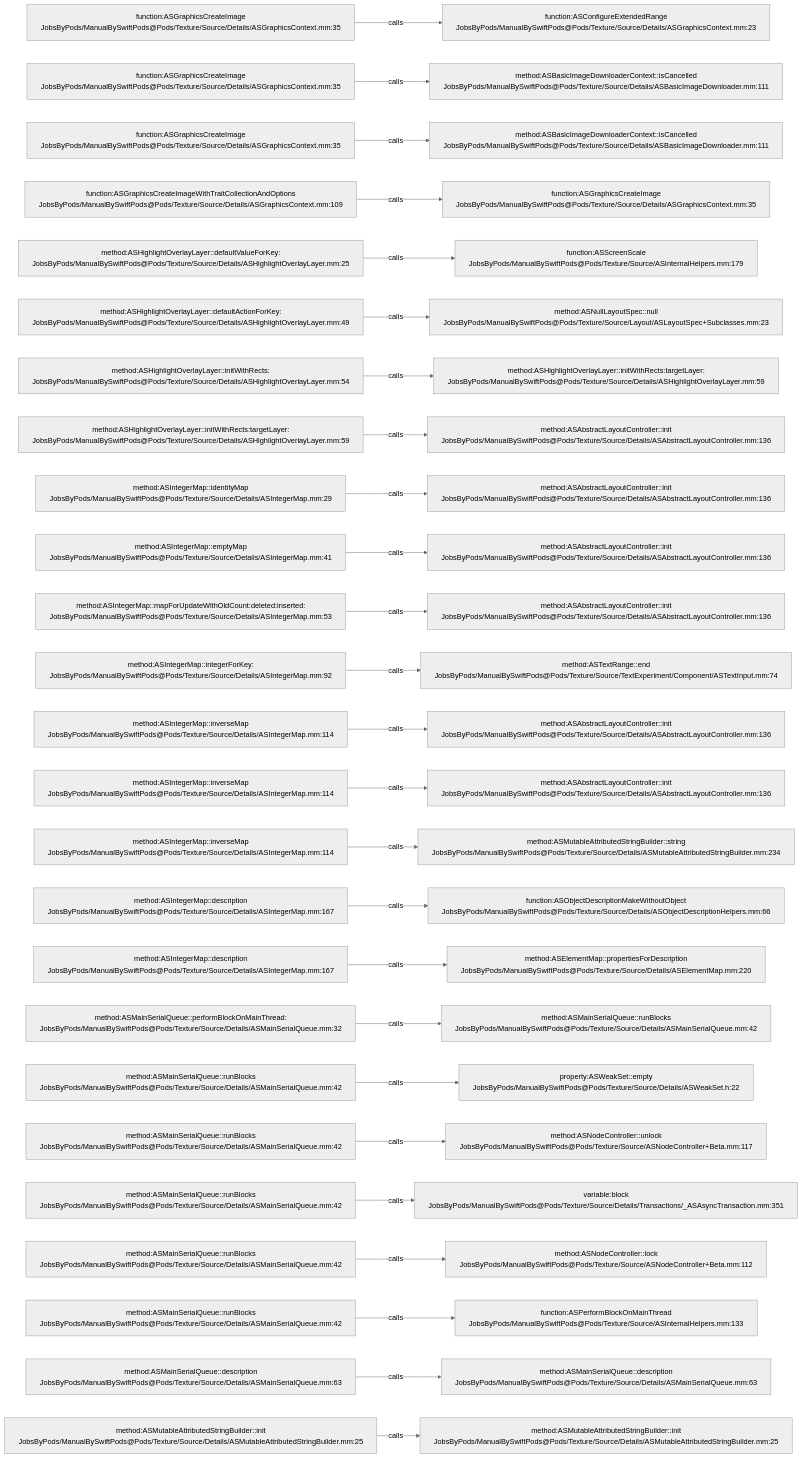
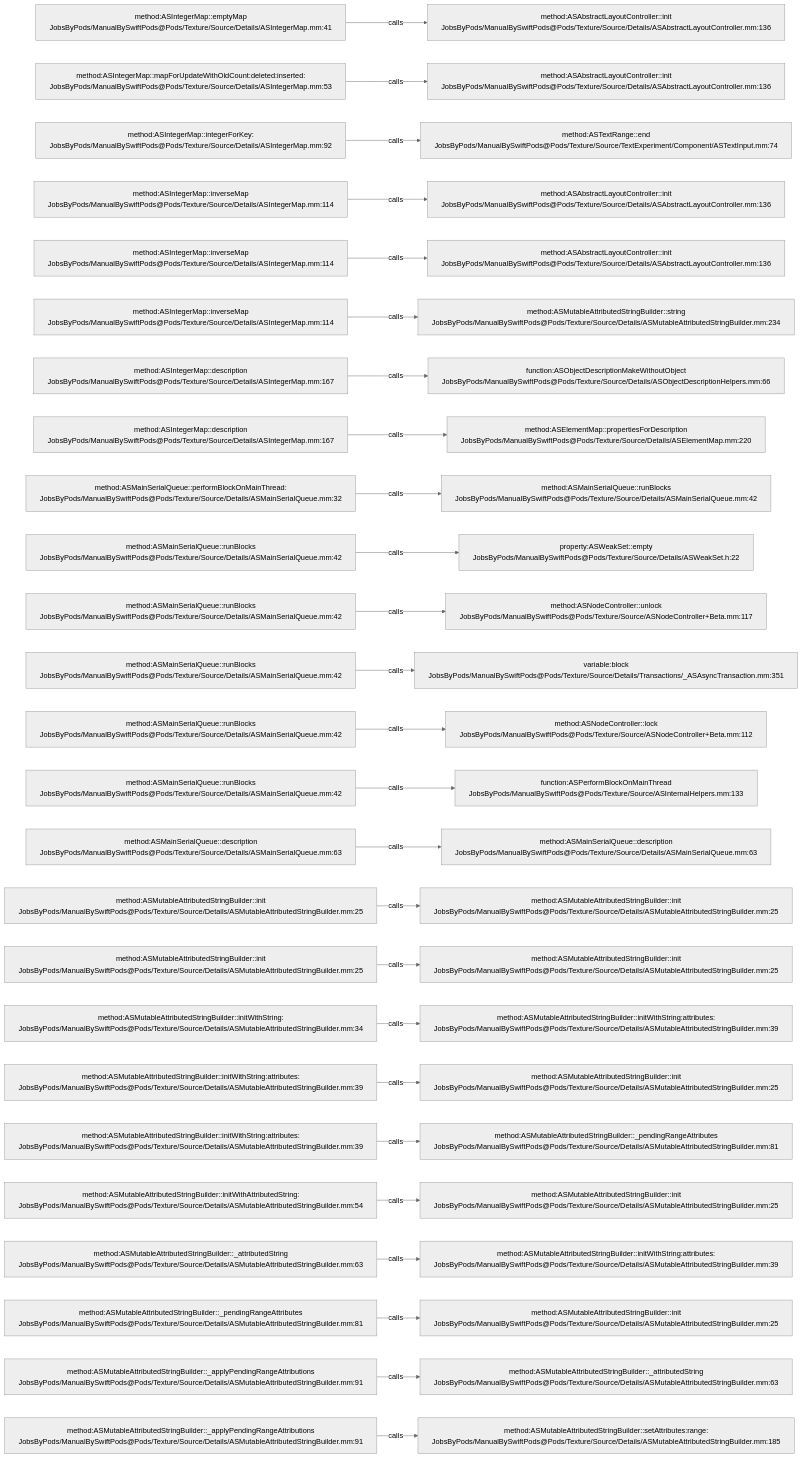
The diagram in .codegraph/codegraph.md/graphs/calls-089.md (JobsKits/JobsSwiftBaseConfigDemo), drawn with Mermaid (neutral theme) before and after one commit. The commit also changed 707 other files, not shown here.

````diff
--- a/.codegraph/codegraph.md/graphs/calls-089.md
+++ b/.codegraph/codegraph.md/graphs/calls-089.md
@@ -13,78 +13,78 @@
 ```mermaid
 flowchart LR
-  S1["function:ASGraphicsCreateImage<br/>JobsByPods/ManualBySwiftPods@Pods/Texture/Source/Details/ASGraphicsContext.mm:35"]
-  T1["function:ASConfigureExtendedRange<br/>JobsByPods/ManualBySwiftPods@Pods/Texture/Source/Details/ASGraphicsContext.mm:23"]
+  S1["method:ASIntegerMap::emptyMap<br/>JobsByPods/ManualBySwiftPods@Pods/Texture/Source/Details/ASIntegerMap.mm:41"]
+  T1["method:ASAbstractLayoutController::init<br/>JobsByPods/ManualBySwiftPods@Pods/Texture/Source/Details/ASAbstractLayoutController.mm:136"]
   S1 -->|calls| T1
-  S2["function:ASGraphicsCreateImage<br/>JobsByPods/ManualBySwiftPods@Pods/Texture/Source/Details/ASGraphicsContext.mm:35"]
-  T2["method:ASBasicImageDownloaderContext::isCancelled<br/>JobsByPods/ManualBySwiftPods@Pods/Texture/Source/Details/ASBasicImageDownloader.mm:111"]
+  S2["method:ASIntegerMap::mapForUpdateWithOldCount:deleted:inserted:<br/>JobsByPods/ManualBySwiftPods@Pods/Texture/Source/Details/ASIntegerMap.mm:53"]
+  T2["method:ASAbstractLayoutController::init<br/>JobsByPods/ManualBySwiftPods@Pods/Texture/Source/Details/ASAbstractLayoutController.mm:136"]
   S2 -->|calls| T2
-  S3["function:ASGraphicsCreateImage<br/>JobsByPods/ManualBySwiftPods@Pods/Texture/Source/Details/ASGraphicsContext.mm:35"]
-  T3["method:ASBasicImageDownloaderContext::isCancelled<br/>JobsByPods/ManualBySwiftPods@Pods/Texture/Source/Details/ASBasicImageDownloader.mm:111"]
+  S3["method:ASIntegerMap::integerForKey:<br/>JobsByPods/ManualBySwiftPods@Pods/Texture/Source/Details/ASIntegerMap.mm:92"]
+  T3["method:ASTextRange::end<br/>JobsByPods/ManualBySwiftPods@Pods/Texture/Source/TextExperiment/Component/ASTextInput.mm:74"]
   S3 -->|calls| T3
-  S4["function:ASGraphicsCreateImageWithTraitCollectionAndOptions<br/>JobsByPods/ManualBySwiftPods@Pods/Texture/Source/Details/ASGraphicsContext.mm:109"]
-  T4["function:ASGraphicsCreateImage<br/>JobsByPods/ManualBySwiftPods@Pods/Texture/Source/Details/ASGraphicsContext.mm:35"]
+  S4["method:ASIntegerMap::inverseMap<br/>JobsByPods/ManualBySwiftPods@Pods/Texture/Source/Details/ASIntegerMap.mm:114"]
+  T4["method:ASAbstractLayoutController::init<br/>JobsByPods/ManualBySwiftPods@Pods/Texture/Source/Details/ASAbstractLayoutController.mm:136"]
   S4 -->|calls| T4
-  S5["method:ASHighlightOverlayLayer::defaultValueForKey:<br/>JobsByPods/ManualBySwiftPods@Pods/Texture/Source/Details/ASHighlightOverlayLayer.mm:25"]
-  T5["function:ASScreenScale<br/>JobsByPods/ManualBySwiftPods@Pods/Texture/Source/ASInternalHelpers.mm:179"]
+  S5["method:ASIntegerMap::inverseMap<br/>JobsByPods/ManualBySwiftPods@Pods/Texture/Source/Details/ASIntegerMap.mm:114"]
+  T5["method:ASAbstractLayoutController::init<br/>JobsByPods/ManualBySwiftPods@Pods/Texture/Source/Details/ASAbstractLayoutController.mm:136"]
   S5 -->|calls| T5
-  S6["method:ASHighlightOverlayLayer::defaultActionForKey:<br/>JobsByPods/ManualBySwiftPods@Pods/Texture/Source/Details/ASHighlightOverlayLayer.mm:49"]
-  T6["method:ASNullLayoutSpec::null<br/>JobsByPods/ManualBySwiftPods@Pods/Texture/Source/Layout/ASLayoutSpec+Subclasses.mm:23"]
+  S6["method:ASIntegerMap::inverseMap<br/>JobsByPods/ManualBySwiftPods@Pods/Texture/Source/Details/ASIntegerMap.mm:114"]
+  T6["method:ASMutableAttributedStringBuilder::string<br/>JobsByPods/ManualBySwiftPods@Pods/Texture/Source/Details/ASMutableAttributedStringBuilder.mm:234"]
   S6 -->|calls| T6
-  S7["method:ASHighlightOverlayLayer::initWithRects:<br/>JobsByPods/ManualBySwiftPods@Pods/Texture/Source/Details/ASHighlightOverlayLayer.mm:54"]
-  T7["method:ASHighlightOverlayLayer::initWithRects:targetLayer:<br/>JobsByPods/ManualBySwiftPods@Pods/Texture/Source/Details/ASHighlightOverlayLayer.mm:59"]
+  S7["method:ASIntegerMap::description<br/>JobsByPods/ManualBySwiftPods@Pods/Texture/Source/Details/ASIntegerMap.mm:167"]
+  T7["function:ASObjectDescriptionMakeWithoutObject<br/>JobsByPods/ManualBySwiftPods@Pods/Texture/Source/Details/ASObjectDescriptionHelpers.mm:66"]
   S7 -->|calls| T7
-  S8["method:ASHighlightOverlayLayer::initWithRects:targetLayer:<br/>JobsByPods/ManualBySwiftPods@Pods/Texture/Source/Details/ASHighlightOverlayLayer.mm:59"]
-  T8["method:ASAbstractLayoutController::init<br/>JobsByPods/ManualBySwiftPods@Pods/Texture/Source/Details/ASAbstractLayoutController.mm:136"]
+  S8["method:ASIntegerMap::description<br/>JobsByPods/ManualBySwiftPods@Pods/Texture/Source/Details/ASIntegerMap.mm:167"]
+  T8["method:ASElementMap::propertiesForDescription<br/>JobsByPods/ManualBySwiftPods@Pods/Texture/Source/Details/ASElementMap.mm:220"]
   S8 -->|calls| T8
-  S9["method:ASIntegerMap::identityMap<br/>JobsByPods/ManualBySwiftPods@Pods/Texture/Source/Details/ASIntegerMap.mm:29"]
-  T9["method:ASAbstractLayoutController::init<br/>JobsByPods/ManualBySwiftPods@Pods/Texture/Source/Details/ASAbstractLayoutController.mm:136"]
+  S9["method:ASMainSerialQueue::performBlockOnMainThread:<br/>JobsByPods/ManualBySwiftPods@Pods/Texture/Source/Details/ASMainSerialQueue.mm:32"]
+  T9["method:ASMainSerialQueue::runBlocks<br/>JobsByPods/ManualBySwiftPods@Pods/Texture/Source/Details/ASMainSerialQueue.mm:42"]
   S9 -->|calls| T9
-  S10["method:ASIntegerMap::emptyMap<br/>JobsByPods/ManualBySwiftPods@Pods/Texture/Source/Details/ASIntegerMap.mm:41"]
-  T10["method:ASAbstractLayoutController::init<br/>JobsByPods/ManualBySwiftPods@Pods/Texture/Source/Details/ASAbstractLayoutController.mm:136"]
+  S10["method:ASMainSerialQueue::runBlocks<br/>JobsByPods/ManualBySwiftPods@Pods/Texture/Source/Details/ASMainSerialQueue.mm:42"]
+  T10["property:ASWeakSet::empty<br/>JobsByPods/ManualBySwiftPods@Pods/Texture/Source/Details/ASWeakSet.h:22"]
   S10 -->|calls| T10
-  S11["method:ASIntegerMap::mapForUpdateWithOldCount:deleted:inserted:<br/>JobsByPods/ManualBySwiftPods@Pods/Texture/Source/Details/ASIntegerMap.mm:53"]
-  T11["method:ASAbstractLayoutController::init<br/>JobsByPods/ManualBySwiftPods@Pods/Texture/Source/Details/ASAbstractLayoutController.mm:136"]
+  S11["method:ASMainSerialQueue::runBlocks<br/>JobsByPods/ManualBySwiftPods@Pods/Texture/Source/Details/ASMainSerialQueue.mm:42"]
+  T11["method:ASNodeController::unlock<br/>JobsByPods/ManualBySwiftPods@Pods/Texture/Source/ASNodeController+Beta.mm:117"]
   S11 -->|calls| T11
-  S12["method:ASIntegerMap::integerForKey:<br/>JobsByPods/ManualBySwiftPods@Pods/Texture/Source/Details/ASIntegerMap.mm:92"]
-  T12["method:ASTextRange::end<br/>JobsByPods/ManualBySwiftPods@Pods/Texture/Source/TextExperiment/Component/ASTextInput.mm:74"]
+  S12["method:ASMainSerialQueue::runBlocks<br/>JobsByPods/ManualBySwiftPods@Pods/Texture/Source/Details/ASMainSerialQueue.mm:42"]
+  T12["variable:block<br/>JobsByPods/ManualBySwiftPods@Pods/Texture/Source/Details/Transactions/_ASAsyncTransaction.mm:351"]
   S12 -->|calls| T12
-  S13["method:ASIntegerMap::inverseMap<br/>JobsByPods/ManualBySwiftPods@Pods/Texture/Source/Details/ASIntegerMap.mm:114"]
-  T13["method:ASAbstractLayoutController::init<br/>JobsByPods/ManualBySwiftPods@Pods/Texture/Source/Details/ASAbstractLayoutController.mm:136"]
+  S13["method:ASMainSerialQueue::runBlocks<br/>JobsByPods/ManualBySwiftPods@Pods/Texture/Source/Details/ASMainSerialQueue.mm:42"]
+  T13["method:ASNodeController::lock<br/>JobsByPods/ManualBySwiftPods@Pods/Texture/Source/ASNodeController+Beta.mm:112"]
   S13 -->|calls| T13
-  S14["method:ASIntegerMap::inverseMap<br/>JobsByPods/ManualBySwiftPods@Pods/Texture/Source/Details/ASIntegerMap.mm:114"]
-  T14["method:ASAbstractLayoutController::init<br/>JobsByPods/ManualBySwiftPods@Pods/Texture/Source/Details/ASAbstractLayoutController.mm:136"]
+  S14["method:ASMainSerialQueue::runBlocks<br/>JobsByPods/ManualBySwiftPods@Pods/Texture/Source/Details/ASMainSerialQueue.mm:42"]
+  T14["function:ASPerformBlockOnMainThread<br/>JobsByPods/ManualBySwiftPods@Pods/Texture/Source/ASInternalHelpers.mm:133"]
   S14 -->|calls| T14
-  S15["method:ASIntegerMap::inverseMap<br/>JobsByPods/ManualBySwiftPods@Pods/Texture/Source/Details/ASIntegerMap.mm:114"]
-  T15["method:ASMutableAttributedStringBuilder::string<br/>JobsByPods/ManualBySwiftPods@Pods/Texture/Source/Details/ASMutableAttributedStringBuilder.mm:234"]
+  S15["method:ASMainSerialQueue::description<br/>JobsByPods/ManualBySwiftPods@Pods/Texture/Source/Details/ASMainSerialQueue.mm:63"]
+  T15["method:ASMainSerialQueue::description<br/>JobsByPods/ManualBySwiftPods@Pods/Texture/Source/Details/ASMainSerialQueue.mm:63"]
   S15 -->|calls| T15
-  S16["method:ASIntegerMap::description<br/>JobsByPods/ManualBySwiftPods@Pods/Texture/Source/Details/ASIntegerMap.mm:167"]
-  T16["function:ASObjectDescriptionMakeWithoutObject<br/>JobsByPods/ManualBySwiftPods@Pods/Texture/Source/Details/ASObjectDescriptionHelpers.mm:66"]
+  S16["method:ASMutableAttributedStringBuilder::init<br/>JobsByPods/ManualBySwiftPods@Pods/Texture/Source/Details/ASMutableAttributedStringBuilder.mm:25"]
+  T16["method:ASMutableAttributedStringBuilder::init<br/>JobsByPods/ManualBySwiftPods@Pods/Texture/Source/Details/ASMutableAttributedStringBuilder.mm:25"]
   S16 -->|calls| T16
-  S17["method:ASIntegerMap::description<br/>JobsByPods/ManualBySwiftPods@Pods/Texture/Source/Details/ASIntegerMap.mm:167"]
-  T17["method:ASElementMap::propertiesForDescription<br/>JobsByPods/ManualBySwiftPods@Pods/Texture/Source/Details/ASElementMap.mm:220"]
+  S17["method:ASMutableAttributedStringBuilder::init<br/>JobsByPods/ManualBySwiftPods@Pods/Texture/Source/Details/ASMutableAttributedStringBuilder.mm:25"]
+  T17["method:ASMutableAttributedStringBuilder::init<br/>JobsByPods/ManualBySwiftPods@Pods/Texture/Source/Details/ASMutableAttributedStringBuilder.mm:25"]
   S17 -->|calls| T17
-  S18["method:ASMainSerialQueue::performBlockOnMainThread:<br/>JobsByPods/ManualBySwiftPods@Pods/Texture/Source/Details/ASMainSerialQueue.mm:32"]
-  T18["method:ASMainSerialQueue::runBlocks<br/>JobsByPods/ManualBySwiftPods@Pods/Texture/Source/Details/ASMainSerialQueue.mm:42"]
+  S18["method:ASMutableAttributedStringBuilder::initWithString:<br/>JobsByPods/ManualBySwiftPods@Pods/Texture/Source/Details/ASMutableAttributedStringBuilder.mm:34"]
+  T18["method:ASMutableAttributedStringBuilder::initWithString:attributes:<br/>JobsByPods/ManualBySwiftPods@Pods/Texture/Source/Details/ASMutableAttributedStringBuilder.mm:39"]
   S18 -->|calls| T18
-  S19["method:ASMainSerialQueue::runBlocks<br/>JobsByPods/ManualBySwiftPods@Pods/Texture/Source/Details/ASMainSerialQueue.mm:42"]
-  T19["property:ASWeakSet::empty<br/>JobsByPods/ManualBySwiftPods@Pods/Texture/Source/Details/ASWeakSet.h:22"]
+  S19["method:ASMutableAttributedStringBuilder::initWithString:attributes:<br/>JobsByPods/ManualBySwiftPods@Pods/Texture/Source/Details/ASMutableAttributedStringBuilder.mm:39"]
+  T19["method:ASMutableAttributedStringBuilder::init<br/>JobsByPods/ManualBySwiftPods@Pods/Texture/Source/Details/ASMutableAttributedStringBuilder.mm:25"]
   S19 -->|calls| T19
-  S20["method:ASMainSerialQueue::runBlocks<br/>JobsByPods/ManualBySwiftPods@Pods/Texture/Source/Details/ASMainSerialQueue.mm:42"]
-  T20["method:ASNodeController::unlock<br/>JobsByPods/ManualBySwiftPods@Pods/Texture/Source/ASNodeController+Beta.mm:117"]
+  S20["method:ASMutableAttributedStringBuilder::initWithString:attributes:<br/>JobsByPods/ManualBySwiftPods@Pods/Texture/Source/Details/ASMutableAttributedStringBuilder.mm:39"]
+  T20["method:ASMutableAttributedStringBuilder::_pendingRangeAttributes<br/>JobsByPods/ManualBySwiftPods@Pods/Texture/Source/Details/ASMutableAttributedStringBuilder.mm:81"]
   S20 -->|calls| T20
-  S21["method:ASMainSerialQueue::runBlocks<br/>JobsByPods/ManualBySwiftPods@Pods/Texture/Source/Details/ASMainSerialQueue.mm:42"]
-  T21["variable:block<br/>JobsByPods/ManualBySwiftPods@Pods/Texture/Source/Details/Transactions/_ASAsyncTransaction.mm:351"]
+  S21["method:ASMutableAttributedStringBuilder::initWithAttributedString:<br/>JobsByPods/ManualBySwiftPods@Pods/Texture/Source/Details/ASMutableAttributedStringBuilder.mm:54"]
+  T21["method:ASMutableAttributedStringBuilder::init<br/>JobsByPods/ManualBySwiftPods@Pods/Texture/Source/Details/ASMutableAttributedStringBuilder.mm:25"]
   S21 -->|calls| T21
-  S22["method:ASMainSerialQueue::runBlocks<br/>JobsByPods/ManualBySwiftPods@Pods/Texture/Source/Details/ASMainSerialQueue.mm:42"]
-  T22["method:ASNodeController::lock<br/>JobsByPods/ManualBySwiftPods@Pods/Texture/Source/ASNodeController+Beta.mm:112"]
+  S22["method:ASMutableAttributedStringBuilder::_attributedString<br/>JobsByPods/ManualBySwiftPods@Pods/Texture/Source/Details/ASMutableAttributedStringBuilder.mm:63"]
+  T22["method:ASMutableAttributedStringBuilder::initWithString:attributes:<br/>JobsByPods/ManualBySwiftPods@Pods/Texture/Source/Details/ASMutableAttributedStringBuilder.mm:39"]
   S22 -->|calls| T22
-  S23["method:ASMainSerialQueue::runBlocks<br/>JobsByPods/ManualBySwiftPods@Pods/Texture/Source/Details/ASMainSerialQueue.mm:42"]
-  T23["function:ASPerformBlockOnMainThread<br/>JobsByPods/ManualBySwiftPods@Pods/Texture/Source/ASInternalHelpers.mm:133"]
+  S23["method:ASMutableAttributedStringBuilder::_pendingRangeAttributes<br/>JobsByPods/ManualBySwiftPods@Pods/Texture/Source/Details/ASMutableAttributedStringBuilder.mm:81"]
+  T23["method:ASMutableAttributedStringBuilder::init<br/>JobsByPods/ManualBySwiftPods@Pods/Texture/Source/Details/ASMutableAttributedStringBuilder.mm:25"]
   S23 -->|calls| T23
-  S24["method:ASMainSerialQueue::description<br/>JobsByPods/ManualBySwiftPods@Pods/Texture/Source/Details/ASMainSerialQueue.mm:63"]
-  T24["method:ASMainSerialQueue::description<br/>JobsByPods/ManualBySwiftPods@Pods/Texture/Source/Details/ASMainSerialQueue.mm:63"]
+  S24["method:ASMutableAttributedStringBuilder::_applyPendingRangeAttributions<br/>JobsByPods/ManualBySwiftPods@Pods/Texture/Source/Details/ASMutableAttributedStringBuilder.mm:91"]
+  T24["method:ASMutableAttributedStringBuilder::_attributedString<br/>JobsByPods/ManualBySwiftPods@Pods/Texture/Source/Details/ASMutableAttributedStringBuilder.mm:63"]
   S24 -->|calls| T24
-  S25["method:ASMutableAttributedStringBuilder::init<br/>JobsByPods/ManualBySwiftPods@Pods/Texture/Source/Details/ASMutableAttributedStringBuilder.mm:25"]
-  T25["method:ASMutableAttributedStringBuilder::init<br/>JobsByPods/ManualBySwiftPods@Pods/Texture/Source/Details/ASMutableAttributedStringBuilder.mm:25"]
+  S25["method:ASMutableAttributedStringBuilder::_applyPendingRangeAttributions<br/>JobsByPods/ManualBySwiftPods@Pods/Texture/Source/Details/ASMutableAttributedStringBuilder.mm:91"]
+  T25["method:ASMutableAttributedStringBuilder::setAttributes:range:<br/>JobsByPods/ManualBySwiftPods@Pods/Texture/Source/Details/ASMutableAttributedStringBuilder.mm:185"]
   S25 -->|calls| T25
 ```
````
